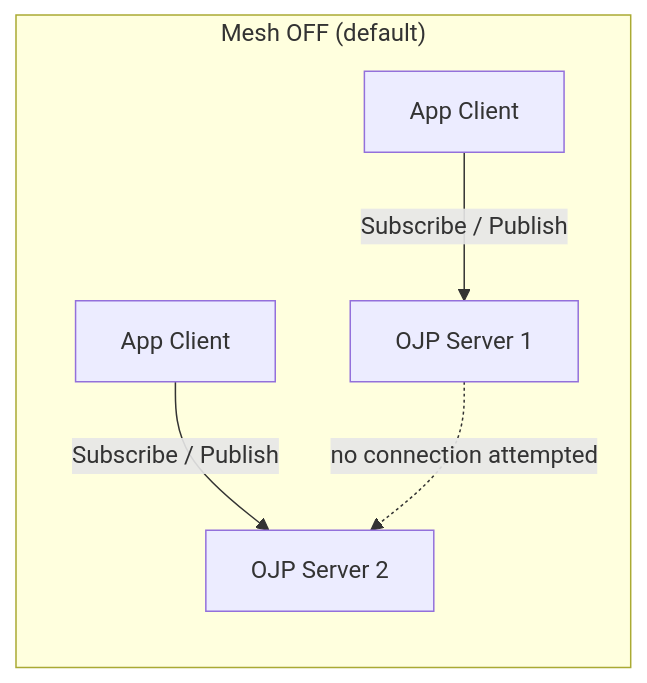
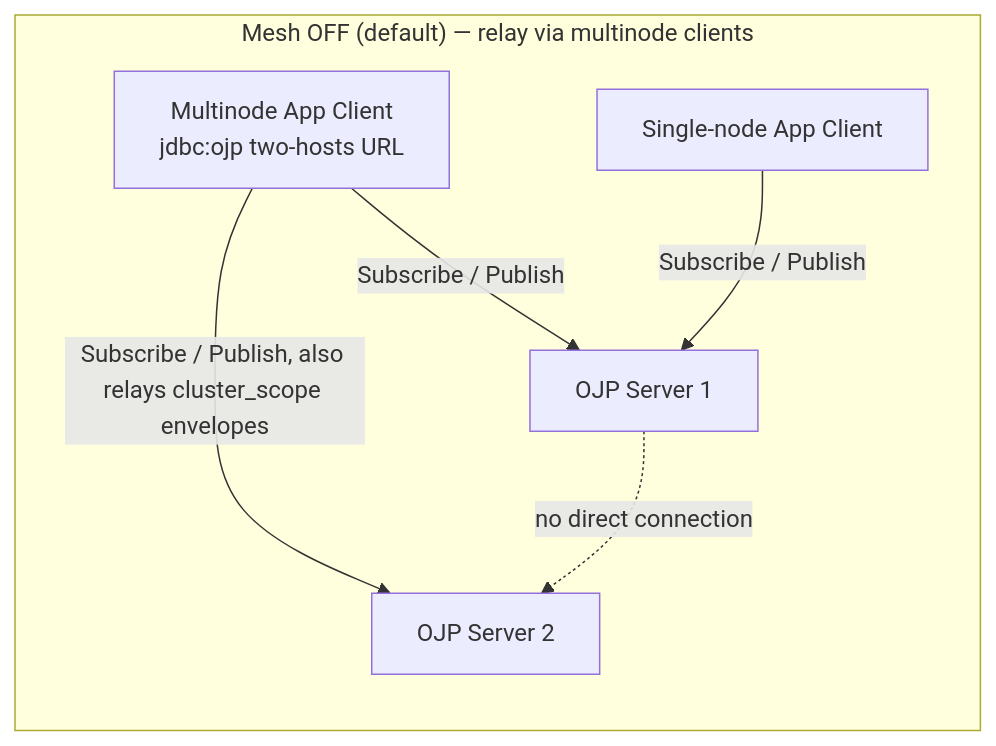
One commit to Open-JDBC-Proxy/ojp changed the first of 4 diagrams in documents/analysis/OJP_MESSAGING_PROTOCOL_ANALYSIS.md. Above: the diagram before and after it, drawn with Mermaid. The commit also changed other lines of this file and 1 other file, not shown here.

Commit message:
Rework Mesh OFF as client-relay mode with pros/cons vs direct mesh

````diff
--- a/documents/analysis/OJP_MESSAGING_PROTOCOL_ANALYSIS.md
+++ b/documents/analysis/OJP_MESSAGING_PROTOCOL_ANALYSIS.md
@@ -458,8 +585,9 @@
 ```mermaid
 graph LR
-    subgraph "Mesh OFF (default)"
-        C1[App Client] -->|Subscribe / Publish| S1[OJP Server 1]
-        C2[App Client] -->|Subscribe / Publish| S2[OJP Server 2]
-        S1 -.->|no connection attempted| S2
+    subgraph "Mesh OFF (default) — relay via multinode clients"
+        CM[Multinode App Client<br/>jdbc:ojp two-hosts URL] -->|Subscribe / Publish| S1[OJP Server 1]
+        CM -->|Subscribe / Publish, also relays cluster_scope envelopes| S2[OJP Server 2]
+        C1[Single-node App Client] -->|Subscribe / Publish| S1
+        S1 -.->|no direct connection| S2
     end
 ```
````
